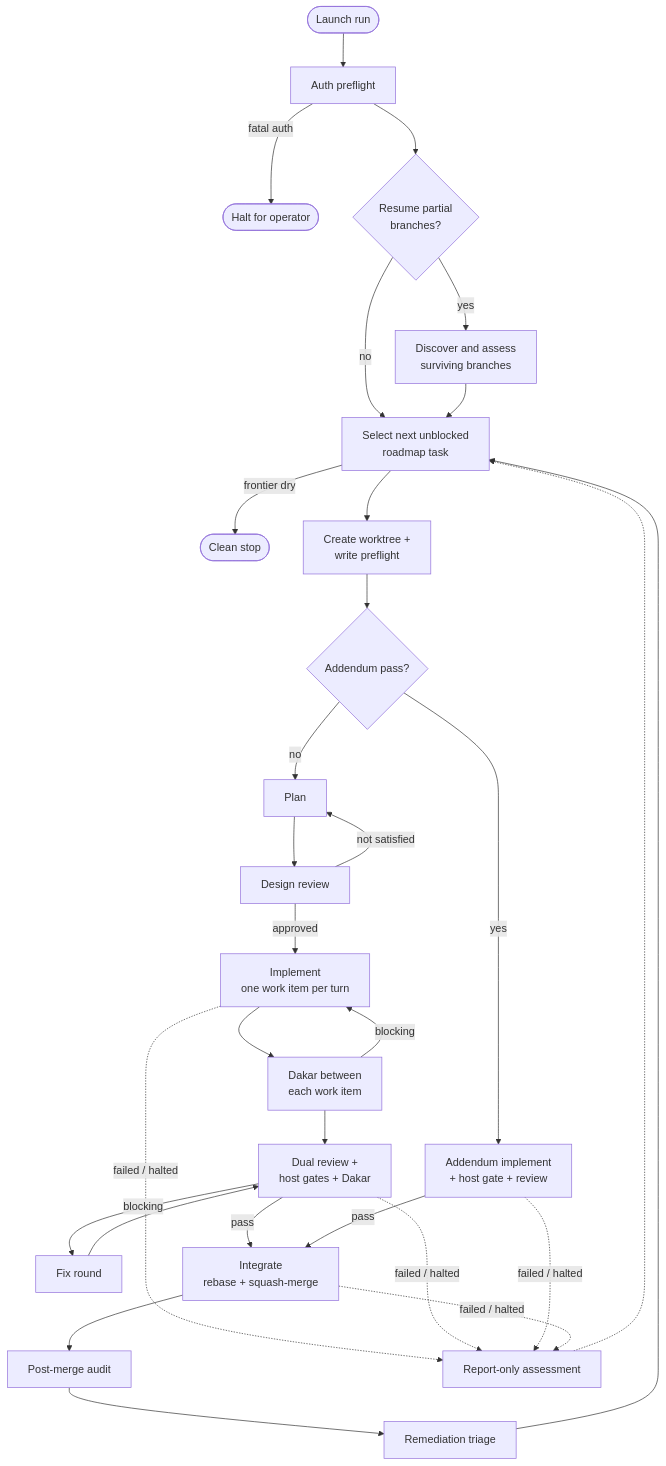
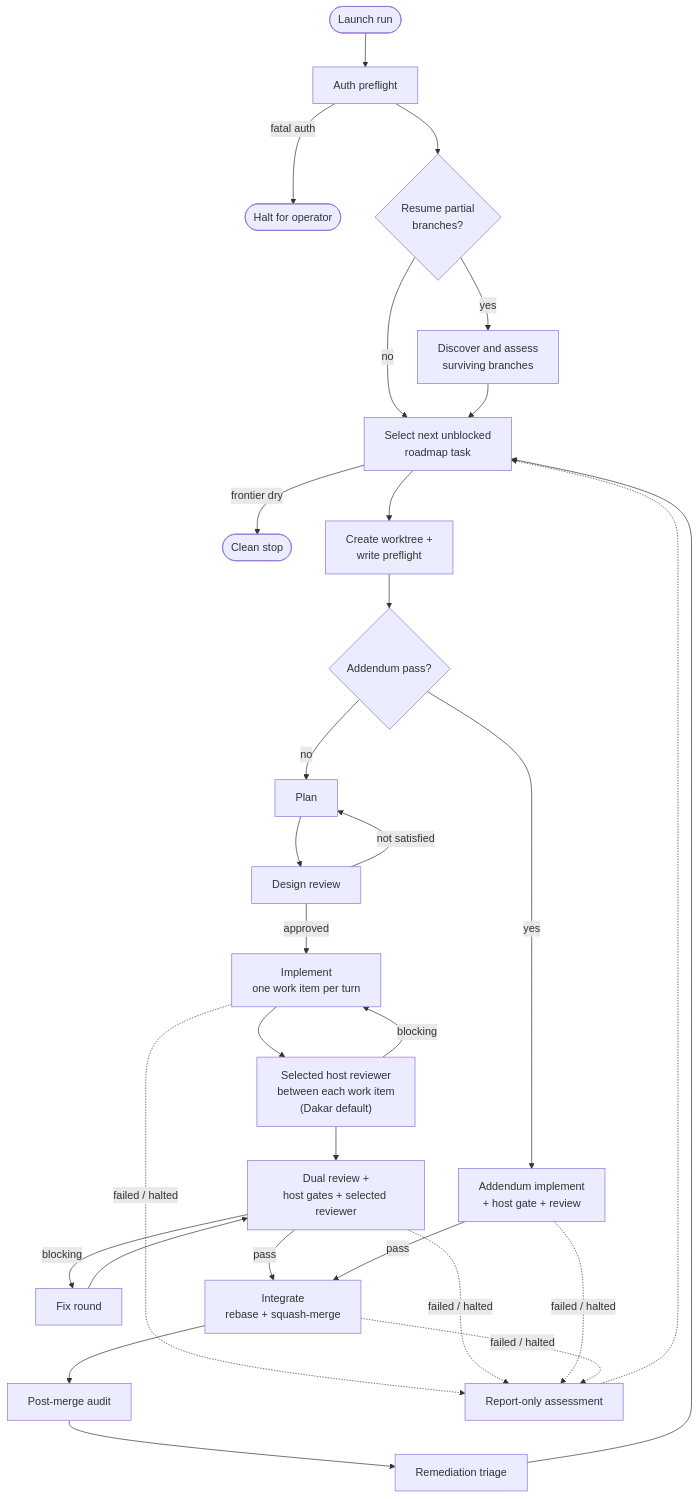
Before and after one commit to leynos/df12-build: the diagram in README.md, drawn with Mermaid. The commit also changed 18 other files, not shown here.

First line of the commit message:
Harden Dakar host-review integration

````diff
--- a/README.md
+++ b/README.md
@@ -107,36 +107,36 @@
 ```mermaid
 flowchart TD
     start([Launch run]) --> auth[Auth preflight]
     auth -->|fatal auth| halt([Halt for operator])
     auth --> recovery{Resume partial<br/>branches?}
     recovery -->|yes| assessBranches[Discover and assess<br/>surviving branches]
     recovery -->|no| select
     assessBranches --> select[Select next unblocked<br/>roadmap task]
     select -->|frontier dry| done([Clean stop])
     select --> worktree[Create worktree +<br/>write preflight]
     worktree --> lane{Addendum pass?}
 
     lane -->|no| plan[Plan]
     plan --> design[Design review]
     design -->|not satisfied| plan
     design -->|approved| build[Implement<br/>one work item per turn]
-    build --> between[Dakar between<br/>each work item]
+    build --> between["Selected host reviewer<br/>between each work item<br/>(Dakar default)"]
     between -->|blocking| build
-    between --> review[Dual review +<br/>host gates + Dakar]
+    between --> review[Dual review +<br/>host gates + selected reviewer]
     review -->|blocking| fix[Fix round]
     fix --> review
 
     lane -->|yes| addendum[Addendum implement<br/>+ host gate + review]
 
     review -->|pass| integrate[Integrate<br/>rebase + squash-merge]
     addendum -->|pass| integrate
     integrate --> audit[Post-merge audit]
     audit --> triage[Remediation triage]
     triage --> select
 
     build -.->|failed / halted| assess[Report-only assessment]
     review -.->|failed / halted| assess
     addendum -.->|failed / halted| assess
     integrate -.->|failed / halted| assess
     assess -.-> select
 ```
````
